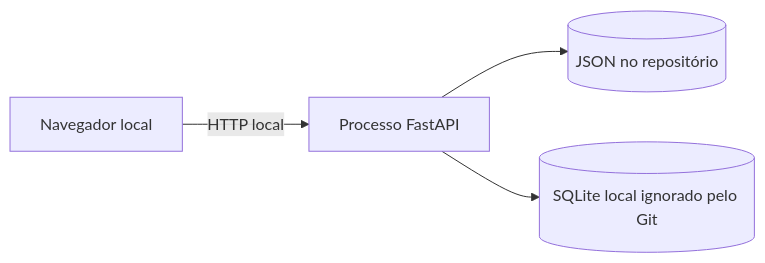
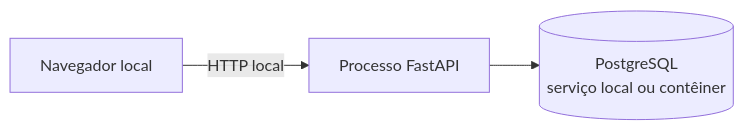
Before and after one commit to walkermooore/chatbot-aginov: the sixth of 7 diagrams in docs/ARQUITETURA.md, drawn with Mermaid. The commit also changed other lines of this file and 3 other files, not shown here.

Commit message:
docs: adota PostgreSQL na arquitetura

````diff
--- a/docs/ARQUITETURA.md
+++ b/docs/ARQUITETURA.md
@@ -389,6 +419,5 @@
 ```mermaid
 flowchart LR
     B[Navegador local] -->|HTTP local| P[Processo FastAPI]
-    P --> J[(JSON no repositório)]
-    P --> Q[(SQLite local ignorado pelo Git)]
+    P --> Q[(PostgreSQL<br/>serviço local ou contêiner)]
 ```
````
